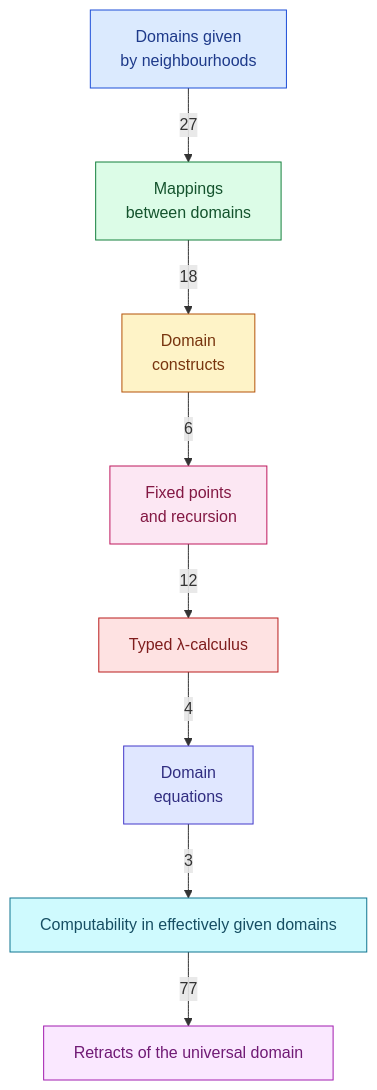
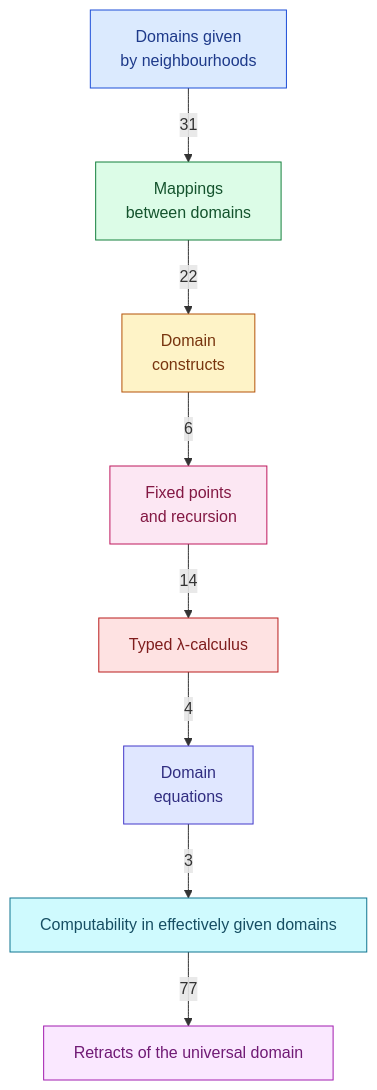
One commit to catskillsresearch/DomainTheory changed the diagram in DomainTheory/NeighbourhoodSystems/1980_Neighborhood.mermaid. Above: the diagram before and after it, drawn with Mermaid. The commit also changed 220 other files, not shown here.

```diff
--- a/DomainTheory/NeighbourhoodSystems/1980_Neighborhood.mermaid
+++ b/DomainTheory/NeighbourhoodSystems/1980_Neighborhood.mermaid
@@ -1,40 +1,40 @@
 %% Each box is one section from 1980_Neighborhood.md.
 %% Lean modules = .lean files under that section's topic folders.
 %% Arrowhead on the importer; label = direct-import count.
 %% Only paper-forward edges (earlier → later). Paths implied by longer routes omitted.
 flowchart TB
 
   DOM["Domains given<br>by neighbourhoods"]
   MAP["Mappings<br>between domains"]
   CON["Domain<br>constructs"]
   FIX["Fixed points<br>and recursion"]
   LAM["Typed λ-calculus"]
   EQ["Domain<br>equations"]
   COMP["Computability in effectively given domains"]
   RET["Retracts of the universal domain"]
 
   EQ -->|"3"| COMP
-  MAP -->|"18"| CON
+  MAP -->|"22"| CON
   LAM -->|"4"| EQ
   CON -->|"6"| FIX
-  FIX -->|"12"| LAM
-  DOM -->|"27"| MAP
+  FIX -->|"14"| LAM
+  DOM -->|"31"| MAP
   COMP -->|"77"| RET
 
 %%{init: {"flowchart": {"wrappingWidth": 2000}}}%%
   classDef c1 fill:#dbeafe,stroke:#1d4ed8,color:#1e3a8a
   classDef c2 fill:#dcfce7,stroke:#15803d,color:#14532d
   classDef c3 fill:#fef3c7,stroke:#b45309,color:#78350f
   classDef c4 fill:#fce7f3,stroke:#be185d,color:#831843
   classDef c5 fill:#fee2e2,stroke:#b91c1c,color:#7f1d1d
   classDef c6 fill:#e0e7ff,stroke:#4338ca,color:#312e81
   classDef c7 fill:#cffafe,stroke:#0e7490,color:#164e63
   classDef c8 fill:#fae8ff,stroke:#a21caf,color:#701a75
   class DOM c1
   class MAP c2
   class CON c3
   class FIX c4
   class LAM c5
   class EQ c6
   class COMP c7
   class RET c8
```
